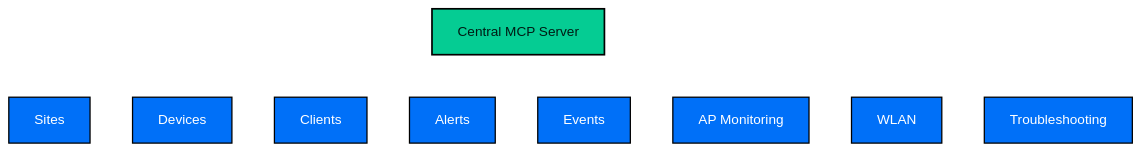
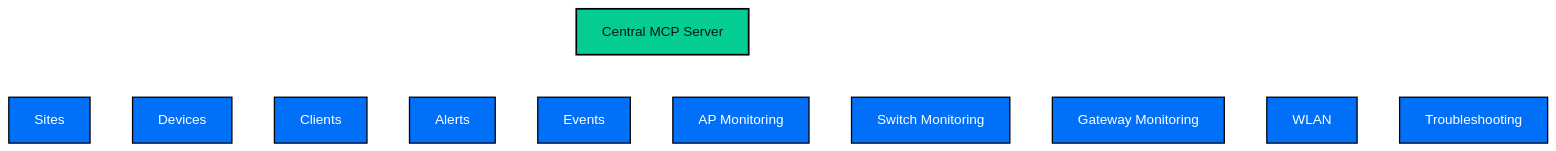
The diagram in README.md (KarthikSKumar98/central-mcp-server), drawn with Mermaid before and after one commit. The commit also changed other lines of this file and 3 other files, not shown here.

First line of the commit message:
docs: document switch and gateway monitoring tools

````diff
--- a/README.md
+++ b/README.md
@@ -257,20 +259,22 @@
 ```mermaid
 %%{init: {'theme':'base', 'themeVariables': {'background': '#0b0f1a'}}}%%
 graph TD
     MCP["Central MCP Server"] --> Sites["Sites"]
     MCP --> Devices["Devices"]
     MCP --> Clients["Clients"]
     MCP --> Alerts["Alerts"]
     MCP --> Events["Events"]
     MCP --> APMon["AP Monitoring"]
+    MCP --> SwitchMon["Switch Monitoring"]
+    MCP --> GatewayMon["Gateway Monitoring"]
     MCP--> WLAN["WLAN"]
     MCP --> Troubleshooting["Troubleshooting"]
 
     classDef mcp fill:#05cc93,color:#001b14,stroke:#000000,stroke-width:2px;
     classDef tool fill:#0070f8,color:#ffffff,stroke:#000000,stroke-width:1.5px;
 
     class MCP mcp;
-    class Sites,Devices,APMon,Clients,Alerts,Events,WLAN,Troubleshooting tool;
+    class Sites,Devices,APMon,SwitchMon,GatewayMon,Clients,Alerts,Events,WLAN,Troubleshooting tool;
 
     linkStyle default stroke:#ffffff,stroke-width:2px;
 ```
````
